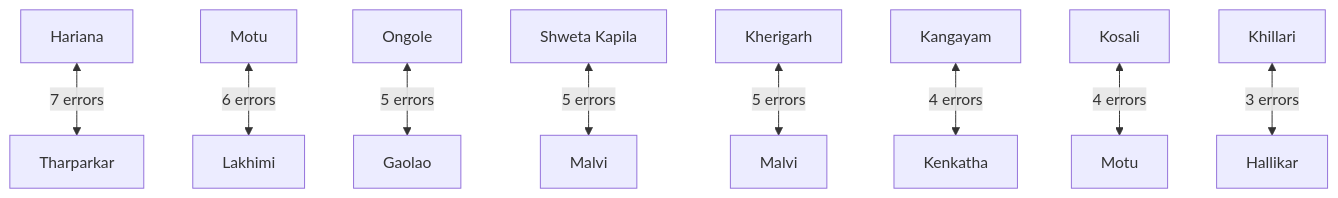
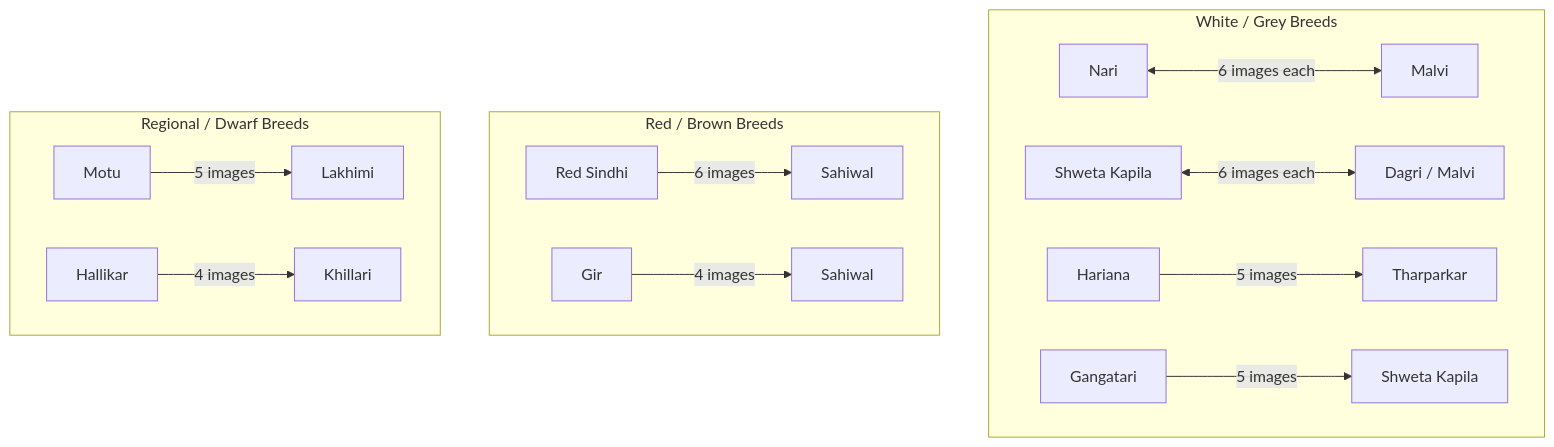
Before and after one commit to vj450-cpu/cattle-breed-classification: the diagram in docs/BENCHMARKS.md, drawn with Mermaid. The commit also changed other lines of this file and 3 other files, not shown here.

````diff
--- a/docs/BENCHMARKS.md
+++ b/docs/BENCHMARKS.md
@@ -51,11 +57,17 @@
 ```mermaid
 graph TD
-    A[Hariana] <-->|7 errors| B[Tharparkar]
-    C[Motu] <-->|6 errors| D[Lakhimi]
-    E[Ongole] <-->|5 errors| F[Gaolao]
-    G[Shweta Kapila] <-->|5 errors| H[Malvi]
-    I[Kherigarh] <-->|5 errors| J[Malvi]
-    K[Kangayam] <-->|4 errors| L[Kenkatha]
-    M[Kosali] <-->|4 errors| N[Motu]
-    O[Khillari] <-->|3 errors| P[Hallikar]
+    subgraph White / Grey Breeds
+        A[Nari] <-->|6 images each| B[Malvi]
+        C[Shweta Kapila] <-->|6 images each| D[Dagri / Malvi]
+        E[Hariana] -->|5 images| F[Tharparkar]
+        G[Gangatari] -->|5 images| H[Shweta Kapila]
+    end
+    subgraph Red / Brown Breeds
+        I[Red Sindhi] -->|6 images| J[Sahiwal]
+        K[Gir] -->|4 images| L[Sahiwal]
+    end
+    subgraph Regional / Dwarf Breeds
+        M[Motu] -->|5 images| N[Lakhimi]
+        O[Hallikar] -->|4 images| P[Khillari]
+    end
 ```
````
